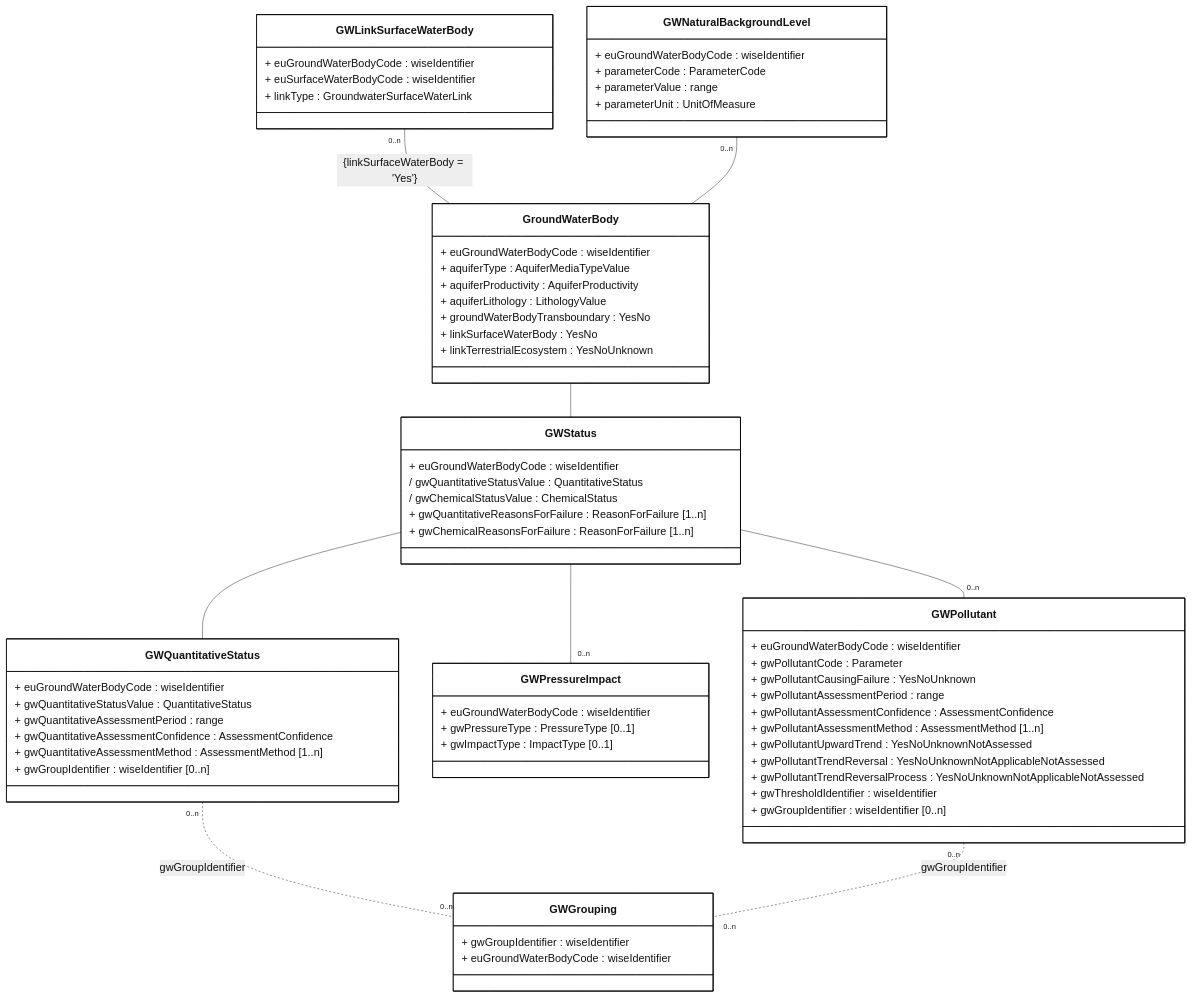
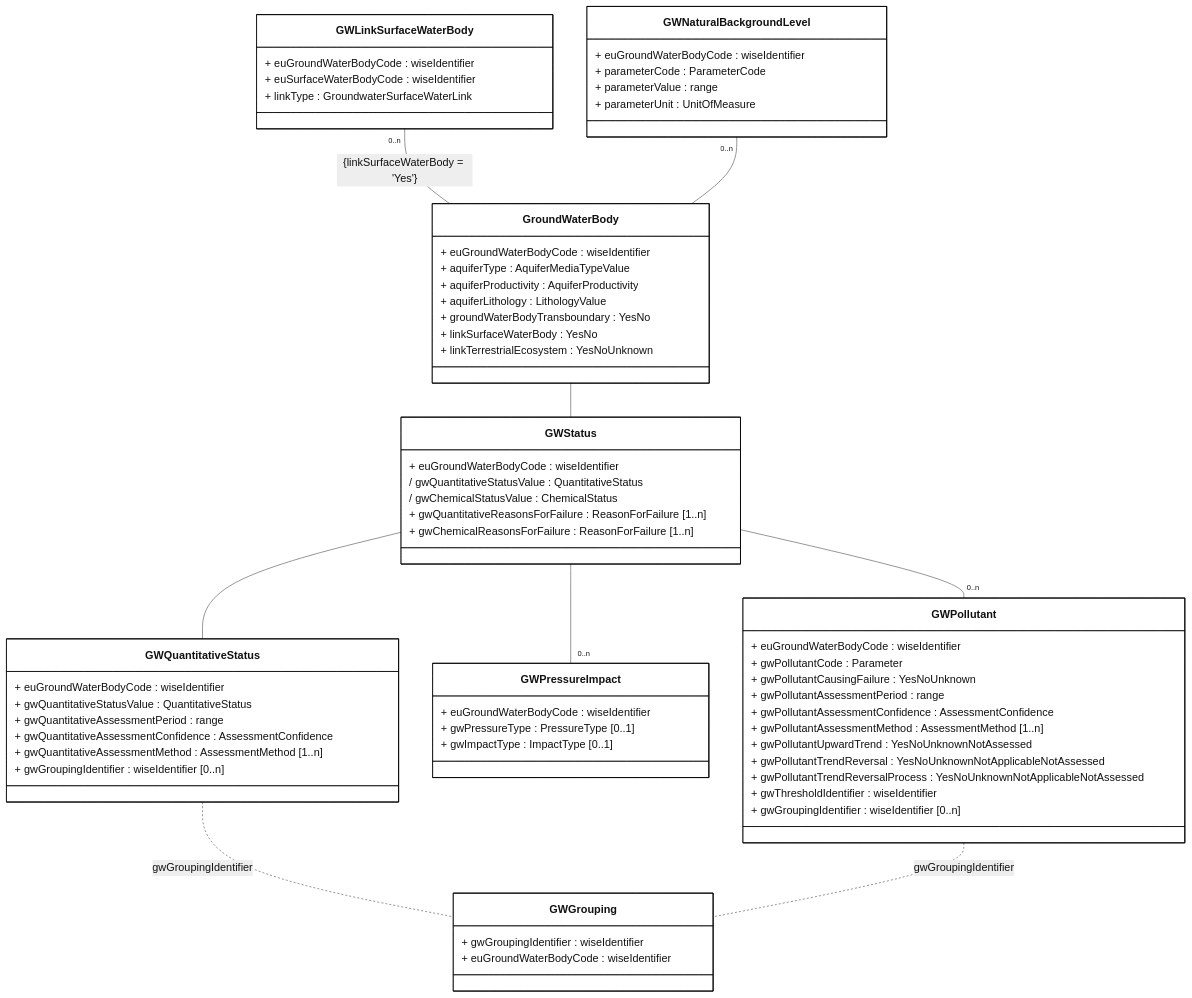
One commit to eeadata/WISE.WFD.Documentation changed the diagram in docs/DataModelReview/mmd/Groundwater_4thCycle_DescriptiveData_ClassDiagram.mmd. Above: the diagram before and after it, drawn with Mermaid. The commit also changed 2 other files, not shown here.

Commit message:
Clarifying the use of the word "grouping"

```diff
--- a/docs/DataModelReview/mmd/Groundwater_4thCycle_DescriptiveData_ClassDiagram.mmd
+++ b/docs/DataModelReview/mmd/Groundwater_4thCycle_DescriptiveData_ClassDiagram.mmd
@@ -1,98 +1,98 @@
 ---
 config:
   class:
     hideEmptyMembersBox: true
   layout: dagre
   theme: neutral
   themeVariables:
     noteBkgColor: LightYellow
     noteTextColor: black 
 ---
 classDiagram
 direction TB
 
 class GWLinkSurfaceWaterBody{
     + euGroundWaterBodyCode : wiseIdentifier
     + euSurfaceWaterBodyCode : wiseIdentifier
     + linkType : GroundwaterSurfaceWaterLink
 }
 
 class GWNaturalBackgroundLevel{
     + euGroundWaterBodyCode : wiseIdentifier
     + parameterCode : ParameterCode
     + parameterValue : range  
     + parameterUnit : UnitOfMeasure
 }
 
 class GroundWaterBody{
     + euGroundWaterBodyCode : wiseIdentifier
     + aquiferType : AquiferMediaTypeValue
     + aquiferProductivity : AquiferProductivity
     + aquiferLithology : LithologyValue
     + groundWaterBodyTransboundary : YesNo
     + linkSurfaceWaterBody : YesNo
     + linkTerrestrialEcosystem : YesNoUnknown
 }
 
 class GWQuantitativeStatus{
     + euGroundWaterBodyCode : wiseIdentifier
     + gwQuantitativeStatusValue : QuantitativeStatus
     + gwQuantitativeAssessmentPeriod : range
     + gwQuantitativeAssessmentConfidence : AssessmentConfidence
     + gwQuantitativeAssessmentMethod : AssessmentMethod [1..n]
-    + gwGroupIdentifier : wiseIdentifier [0..n]
+    + gwGroupingIdentifier : wiseIdentifier [0..n]
 }
 
 class GWPressureImpact{
     + euGroundWaterBodyCode : wiseIdentifier
     + gwPressureType : PressureType [0..1]
     + gwImpactType : ImpactType  [0..1]
 }
 
 class GWStatus{
     
     + euGroundWaterBodyCode : wiseIdentifier
     / gwQuantitativeStatusValue : QuantitativeStatus
     / gwChemicalStatusValue : ChemicalStatus
 
     + gwQuantitativeReasonsForFailure : ReasonForFailure [1..n]
     + gwChemicalReasonsForFailure : ReasonForFailure [1..n]
 } 
 
 class GWPollutant{
     + euGroundWaterBodyCode : wiseIdentifier
     + gwPollutantCode : Parameter
 
     + gwPollutantCausingFailure : YesNoUnknown
     + gwPollutantAssessmentPeriod : range
     + gwPollutantAssessmentConfidence : AssessmentConfidence 
     + gwPollutantAssessmentMethod : AssessmentMethod [1..n]
 
     + gwPollutantUpwardTrend : YesNoUnknownNotAssessed
     + gwPollutantTrendReversal : YesNoUnknownNotApplicableNotAssessed
     + gwPollutantTrendReversalProcess : YesNoUnknownNotApplicableNotAssessed
 
     + gwThresholdIdentifier : wiseIdentifier
-    + gwGroupIdentifier : wiseIdentifier [0..n]
+    + gwGroupingIdentifier : wiseIdentifier [0..n]
 }
 
 class GWGrouping{
-    + gwGroupIdentifier : wiseIdentifier
+    + gwGroupingIdentifier : wiseIdentifier
     + euGroundWaterBodyCode : wiseIdentifier
 }
 
 GroundWaterBody -- GWStatus    
 GWStatus --  GWQuantitativeStatus
 GWStatus -- "0..n" GWPollutant
 GWStatus -- "0..n" GWPressureImpact
 
-GWQuantitativeStatus "0..n" .. "0..n" GWGrouping : gwGroupIdentifier
-GWPollutant "0..n" .. "0..n" GWGrouping : gwGroupIdentifier
+GWQuantitativeStatus .. GWGrouping : gwGroupingIdentifier
+GWPollutant .. GWGrouping : gwGroupingIdentifier
 
 GWLinkSurfaceWaterBody "0..n" -- GroundWaterBody : {linkSurfaceWaterBody = 'Yes'}
 GWNaturalBackgroundLevel "0..n" -- GroundWaterBody
 
 %% note for GWPollutant "GroundwaterMethodologies::ThresholdValue.gwThresholdIdentifier"
 
 classDef default fill:white,stroke:#000;
 classDef forFixing fill:white,stroke:#f00;
```
